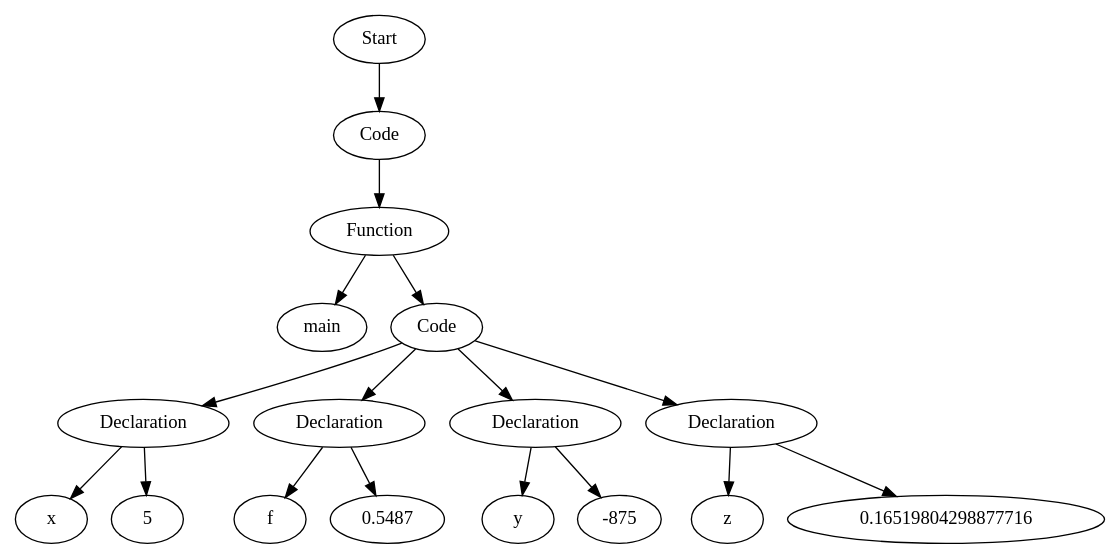
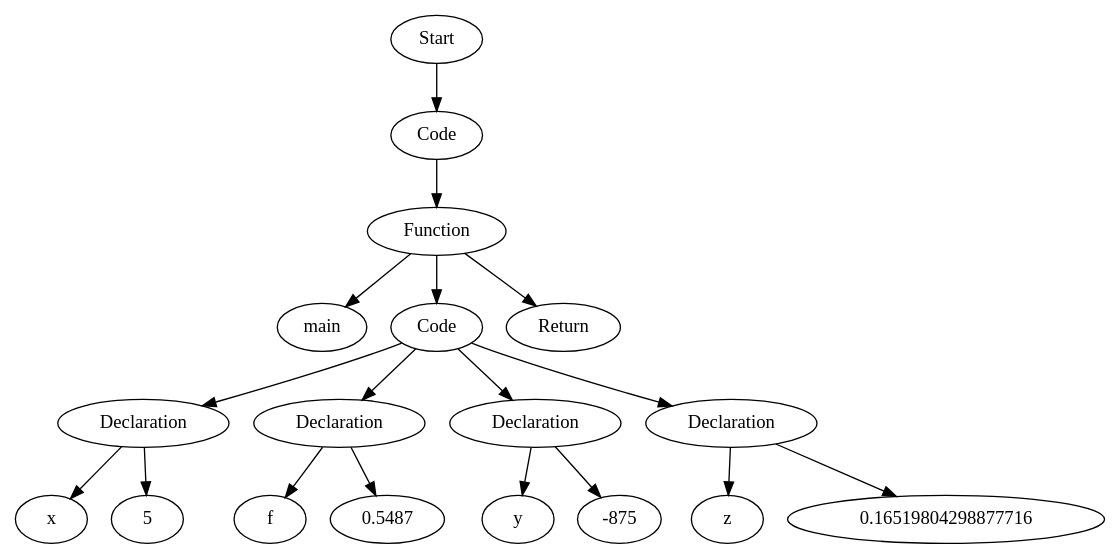
Before and after one commit to Are-you-listening/Compilers: the diagram in testfiles/basic_tests_123/proj2_man_pass_variableConstASTVisual.dot, drawn with Graphviz. The commit also changed 101 other files, not shown here.

```diff
--- a/testfiles/basic_tests_123/proj2_man_pass_variableConstASTVisual.dot
+++ b/testfiles/basic_tests_123/proj2_man_pass_variableConstASTVisual.dot
@@ -1,35 +1,37 @@
 digraph AST {
-  "137497859508352" [label="Start"];
-  "137497859508352" -> "137497859519200";
-  "137497859519200" [label="Code"];
-  "137497859519200" -> "137497859517280";
-  "137497859517280" [label="Function"];
-  "137497859517280" -> "137497859511184";
-  "137497859517280" -> "137497859509600";
-  "137497859511184" [label="main"];
-  "137497859509600" [label="Code"];
-  "137497859509600" -> "137497859513584";
-  "137497859509600" -> "137497971507552";
-  "137497859509600" -> "137497971422688";
-  "137497859509600" -> "137497971421872";
-  "137497859513584" [label="Declaration"];
-  "137497859513584" -> "137497859593440";
-  "137497859513584" -> "137497971508176";
-  "137497859593440" [label="x"];
-  "137497971508176" [label="5"];
-  "137497971507552" [label="Declaration"];
-  "137497971507552" -> "137497971424512";
-  "137497971507552" -> "137497971420912";
-  "137497971424512" [label="f"];
-  "137497971420912" [label="0.5487"];
-  "137497971422688" [label="Declaration"];
-  "137497971422688" -> "137497971416736";
-  "137497971422688" -> "137497971420528";
-  "137497971416736" [label="y"];
-  "137497971420528" [label="-875"];
-  "137497971421872" [label="Declaration"];
-  "137497971421872" -> "137497971414624";
-  "137497971421872" -> "137497971422592";
-  "137497971414624" [label="z"];
-  "137497971422592" [label="0.16519804298877716"];
+  "128502761427040" [label="Start"];
+  "128502761427040" -> "128502873198976";
+  "128502873198976" [label="Code"];
+  "128502873198976" -> "128502873202288";
+  "128502873202288" [label="Function"];
+  "128502873202288" -> "128502873207808";
+  "128502873202288" -> "128502873208000";
+  "128502873202288" -> "128502761433280";
+  "128502873207808" [label="main"];
+  "128502873208000" [label="Code"];
+  "128502873208000" -> "128502873208240";
+  "128502873208000" -> "128502761431840";
+  "128502873208000" -> "128502761426608";
+  "128502873208000" -> "128502761425888";
+  "128502873208240" [label="Declaration"];
+  "128502873208240" -> "128502873206128";
+  "128502873208240" -> "128502873202864";
+  "128502873206128" [label="x"];
+  "128502873202864" [label="5"];
+  "128502761431840" [label="Declaration"];
+  "128502761431840" -> "128502761425312";
+  "128502761431840" -> "128502761424832";
+  "128502761425312" [label="f"];
+  "128502761424832" [label="0.5487"];
+  "128502761426608" [label="Declaration"];
+  "128502761426608" -> "128502761427712";
+  "128502761426608" -> "128502761436016";
+  "128502761427712" [label="y"];
+  "128502761436016" [label="-875"];
+  "128502761425888" [label="Declaration"];
+  "128502761425888" -> "128502761423968";
+  "128502761425888" -> "128502761423008";
+  "128502761423968" [label="z"];
+  "128502761423008" [label="0.16519804298877716"];
+  "128502761433280" [label="Return"];
 }
```
